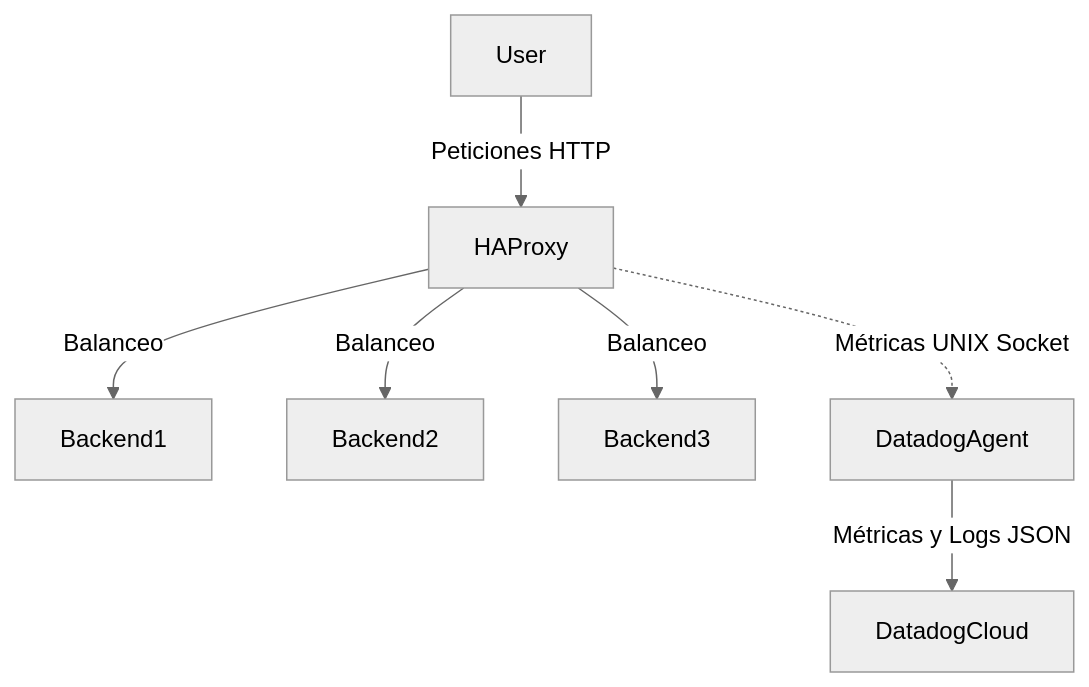
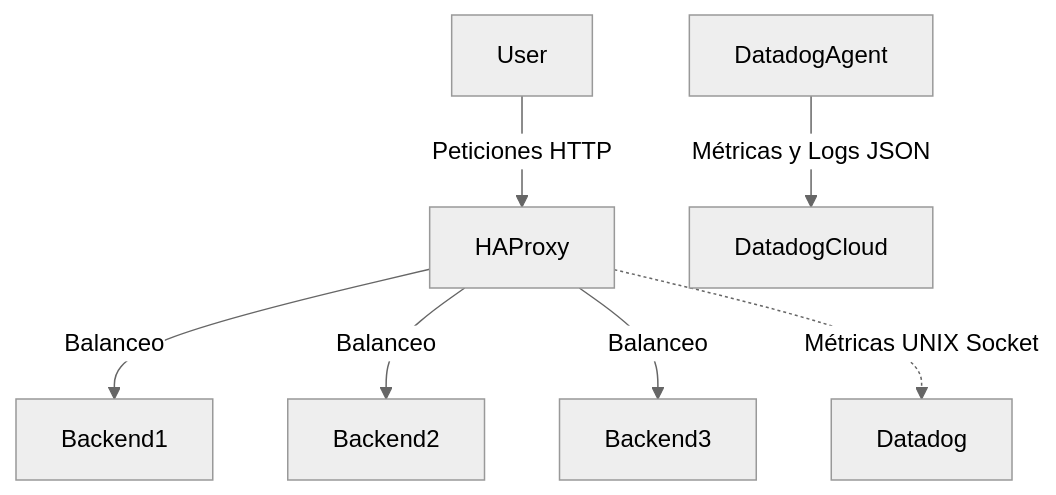
One commit to Katar012/proyecto8-haproxy-datadog changed the diagram in README.md. Above: the diagram before and after it, drawn with Mermaid (neutral theme).

Commit message:
Update DatadogAgent reference to Datadog

````diff
--- a/README.md
+++ b/README.md
@@ -7,9 +7,9 @@
 ```mermaid
 graph TD;
     User-->|Peticiones HTTP| HAProxy;
     HAProxy-->|Balanceo| Backend1;
     HAProxy-->|Balanceo| Backend2;
     HAProxy-->|Balanceo| Backend3;
-    HAProxy-.->|Métricas UNIX Socket| DatadogAgent;
+    HAProxy-.->|Métricas UNIX Socket| Datadog;
     DatadogAgent-->|Métricas y Logs JSON| DatadogCloud;
 ```
````
